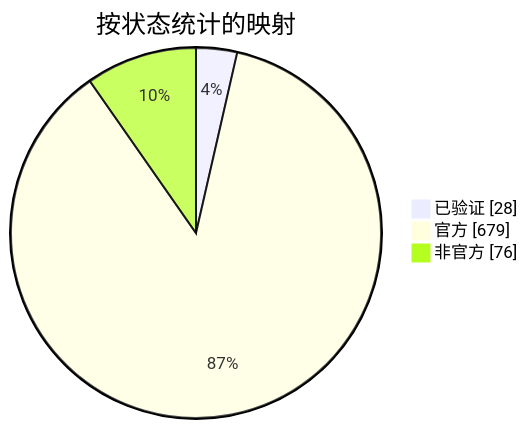
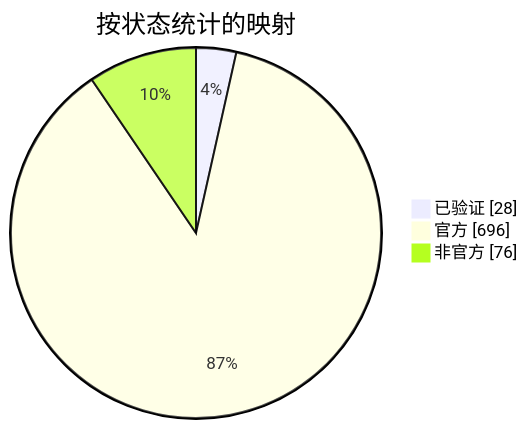
The diagram in docs/readme/README_ZHS.md (nobrega8/mbmap-library), drawn with Mermaid before and after one commit. The commit also changed 22 other files, not shown here.

````diff
--- a/docs/readme/README_ZHS.md
+++ b/docs/readme/README_ZHS.md
@@ -54,7 +54,7 @@
 ```mermaid
 pie showData
     title 按状态统计的映射
     "已验证" : 28
-    "官方" : 679
+    "官方" : 696
     "非官方" : 76
 ```
````
